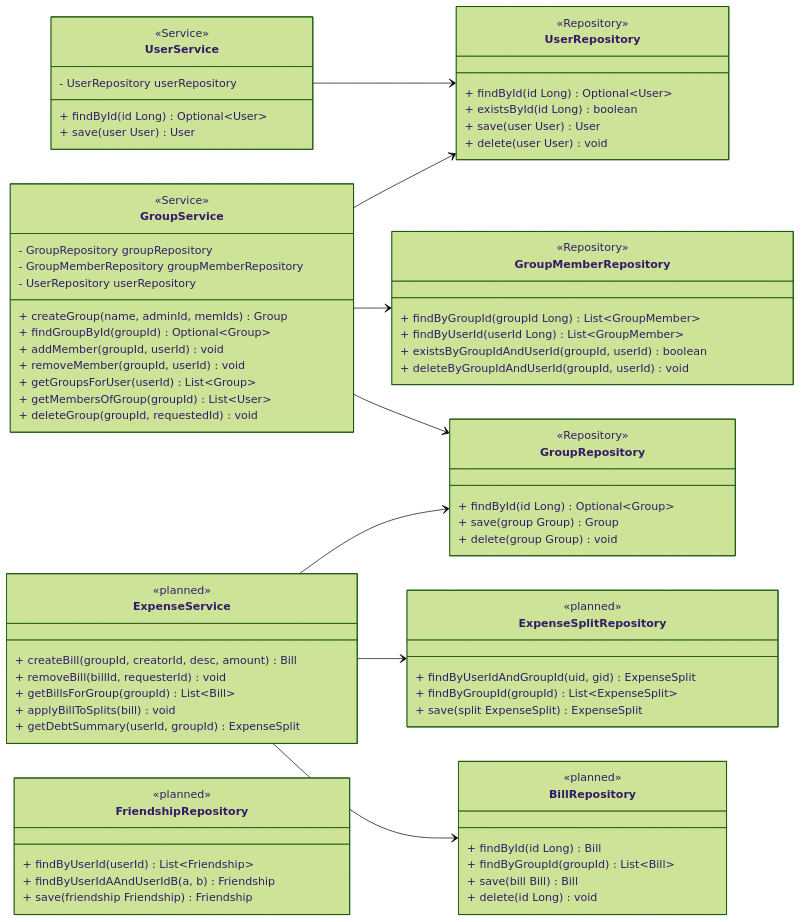
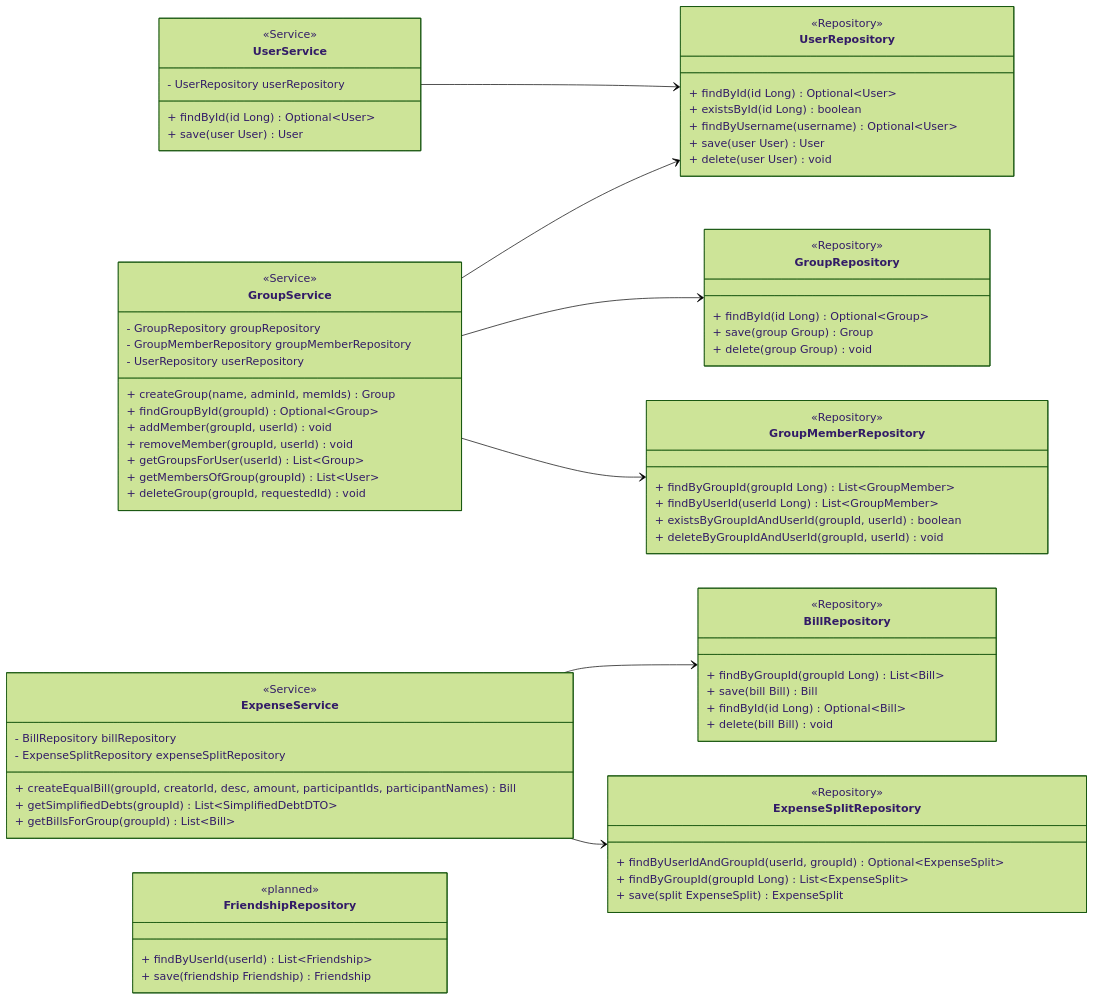
One commit to emberfox205/teilr changed the third of 5 diagrams in ClassDiagram.md. Above: the diagram before and after it, drawn with Mermaid (forest theme). The commit also changed other lines of this file, not shown here.

Commit message:
edit: Class Diagram

````diff
--- a/ClassDiagram.md
+++ b/ClassDiagram.md
@@ -167,18 +152,19 @@
     }
 
     class ExpenseService {
-        <<planned>>
-        + createBill(groupId, creatorId, desc, amount) Bill
-        + removeBill(billId, requesterId) void
+        <<Service>>
+        - BillRepository billRepository
+        - ExpenseSplitRepository expenseSplitRepository
+        + createEqualBill(groupId, creatorId, desc, amount, participantIds, participantNames) Bill
+        + getSimplifiedDebts(groupId) List~SimplifiedDebtDTO~
         + getBillsForGroup(groupId) List~Bill~
-        + applyBillToSplits(bill) void
-        + getDebtSummary(userId, groupId) ExpenseSplit
     }
 
     class UserRepository {
         <<Repository>>
         + findById(id Long) Optional~User~
         + existsById(id Long) boolean
+        + findByUsername(username) Optional~User~
         + save(user User) User
         + delete(user User) void
     }
@@ -199,24 +185,23 @@
     }
 
     class BillRepository {
-        <<planned>>
-        + findById(id Long) Bill
-        + findByGroupId(groupId) List~Bill~
+        <<Repository>>
+        + findByGroupId(groupId Long) List~Bill~
         + save(bill Bill) Bill
-        + delete(id Long) void
+        + findById(id Long) Optional~Bill~
+        + delete(bill Bill) void
     }
 
     class ExpenseSplitRepository {
-        <<planned>>
-        + findByUserIdAndGroupId(uid, gid) ExpenseSplit
-        + findByGroupId(groupId) List~ExpenseSplit~
+        <<Repository>>
+        + findByUserIdAndGroupId(userId, groupId) Optional~ExpenseSplit~
+        + findByGroupId(groupId Long) List~ExpenseSplit~
         + save(split ExpenseSplit) ExpenseSplit
     }
 
     class FriendshipRepository {
         <<planned>>
         + findByUserId(userId) List~Friendship~
-        + findByUserIdAAndUserIdB(a, b) Friendship
         + save(friendship Friendship) Friendship
     }
 
@@ -226,5 +211,4 @@
     GroupService --> UserRepository
     ExpenseService --> BillRepository
     ExpenseService --> ExpenseSplitRepository
-    ExpenseService --> GroupRepository
 ```
````
